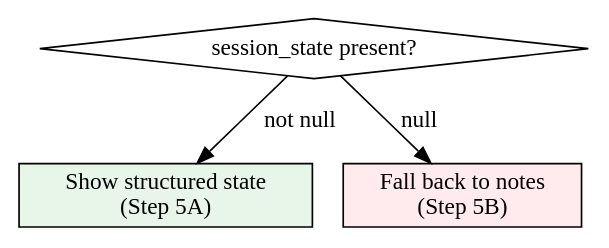
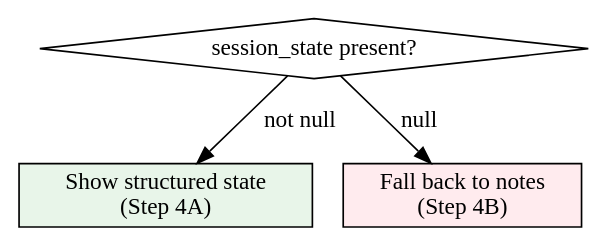
Before and after one commit to kiran-capoor94/wizard: the diagram in src/wizard/skills/session-resume/SKILL.md, drawn with Graphviz. The commit also changed other lines of this file and 4 other files, not shown here.

````diff
--- a/src/wizard/skills/session-resume/SKILL.md
+++ b/src/wizard/skills/session-resume/SKILL.md
@@ -91,11 +81,11 @@
 ```dot
 digraph resume_branch {
     rankdir=TB;
     "session_state present?" [shape=diamond];
-    "Show structured state\n(Step 5A)" [shape=box, style=filled, fillcolor="#e8f5e9"];
-    "Fall back to notes\n(Step 5B)" [shape=box, style=filled, fillcolor="#ffebee"];
+    "Show structured state\n(Step 4A)" [shape=box, style=filled, fillcolor="#e8f5e9"];
+    "Fall back to notes\n(Step 4B)" [shape=box, style=filled, fillcolor="#ffebee"];
 
-    "session_state present?" -> "Show structured state\n(Step 5A)" [label="not null"];
-    "session_state present?" -> "Fall back to notes\n(Step 5B)" [label="null"];
+    "session_state present?" -> "Show structured state\n(Step 4A)" [label="not null"];
+    "session_state present?" -> "Fall back to notes\n(Step 4B)" [label="null"];
 }
 ```
````
